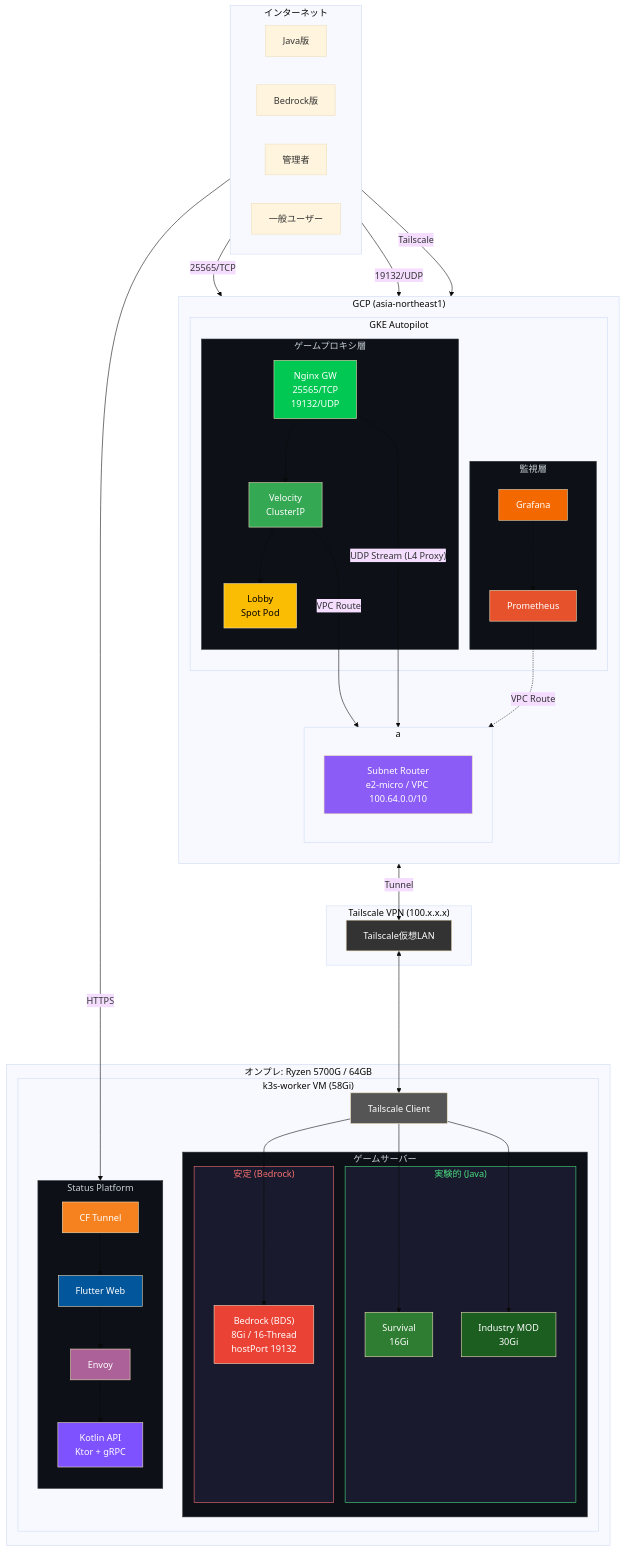
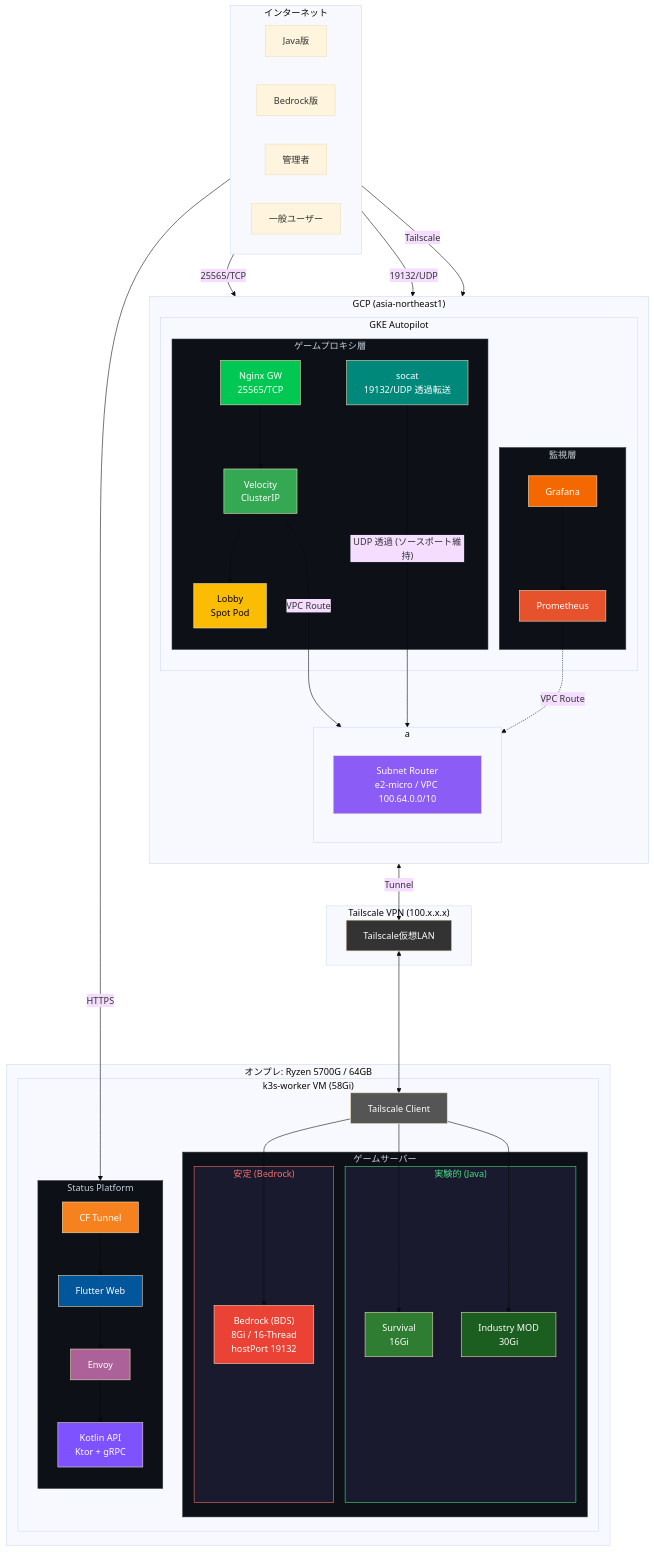
One commit to Tagomori0211/Minecraft-on-Kubenates changed the diagram in Documents/architecture/infrastructure.mermaid. Above: the diagram before and after it, drawn with Mermaid (base theme). The commit also changed 1 other file, not shown here.

Commit message:
docs(Documents): Update postmortem content and infrastructure diagram for socat relay

```diff
--- a/Documents/architecture/infrastructure.mermaid
+++ b/Documents/architecture/infrastructure.mermaid
@@ -1,110 +1,112 @@
 flowchart TB
     subgraph Internet["インターネット"]
         direction LR
         Player_Java["Java版"]
         Player_Bedrock["Bedrock版"]
         Admin["管理者"]
         User["一般ユーザー"]
     end
 
     subgraph GCP["GCP (asia-northeast1)"]
         direction TB
         
         subgraph GKE["GKE Autopilot"]
             subgraph MonPods["監視層"]
                 Prometheus["Prometheus"]
                 Grafana["Grafana"]
             end
             subgraph GamePods["ゲームプロキシ層"]
-                GW["Nginx GW<br/>25565/TCP<br/>19132/UDP"]
+                GW["Nginx GW<br/>25565/TCP"]
+                Socat["socat<br/>19132/UDP 透過転送"]
                 Velocity["Velocity<br/>ClusterIP"]
                 Lobby["Lobby<br/>Spot Pod"]
             end
             
         end
         subgraph transform01["a"]
         direction TB
             SubnetRouter["Subnet Router<br/>e2-micro / VPC 100.64.0.0/10"]
         end
     end
 
     subgraph TS["Tailscale VPN (100.x.x.x)"]
         TS_Net["Tailscale仮想LAN"]
     end
 
     subgraph Onprem["オンプレ: Ryzen 5700G / 64GB"]
         subgraph Worker["k3s-worker VM (58Gi)"]
             TS_K3s["Tailscale Client"]
             subgraph GameServers["ゲームサーバー"]
                 subgraph Experimental["実験的 (Java)"]
                     Java_Survival["Survival<br/>16Gi"]
                     Java_Industry["Industry MOD<br/>30Gi"]
                 end
                 subgraph Conservative["安定 (Bedrock)"]
                     Bedrock["Bedrock (BDS)<br/>8Gi / 16-Thread<br/>hostPort 19132"]
                 end
             end
             subgraph SP["Status Platform"]
                 direction TB
                 CF_Tunnel["CF Tunnel"]
                 Flutter["Flutter Web"]
                 Envoy["Envoy"]
                 Kotlin["Kotlin API<br/>Ktor + gRPC"]
             end
         end
         
     end
 
     %% === ゲームトラフィック ===
     Player_Java -->|"25565/TCP"| GW
-    Player_Bedrock -->|"19132/UDP"| GW
+    Player_Bedrock -->|"19132/UDP"| Socat
     GW --> Velocity
     Velocity --> Lobby
 
     %% === GKE → Tailscale → オンプレ ===
     Velocity --->|"VPC Route"| SubnetRouter
-    GW ---->|"UDP Stream (L4 Proxy)"| SubnetRouter
+    Socat ---->|"UDP 透過 (ソースポート維持)"| SubnetRouter
     TS_Net <--> TS_K3s
     TS_K3s --> Java_Survival
     TS_K3s --> Java_Industry
     TS_K3s --> Bedrock
     
     SubnetRouter <-->|"Tunnel"| TS_Net
     %% === Status Platform ===
     User ------->|"HTTPS"| CF_Tunnel
     direction TB
     CF_Tunnel --> Flutter
     Flutter --> Envoy
     Envoy --> Kotlin
 
     
 
     %% === 管理者・監視 ===
     Admin -->|"Tailscale"| Grafana
     Grafana -.-> Prometheus
     Prometheus -.->|"VPC Route"| SubnetRouter
 
     
 
     %% === スタイル ===
     style GW fill:#00C853,color:#fff
+    style Socat fill:#00897B,color:#fff
     style Velocity fill:#34a853,color:#fff
     style Lobby fill:#fbbc04,color:#000
     style Prometheus fill:#e6522c,color:#fff
     style Grafana fill:#f46800,color:#fff
     style SubnetRouter fill:#8B5CF6,color:#fff
     style TS_Net fill:#333,color:#fff
     style TS_K3s fill:#555,color:#fff
     style Java_Survival fill:#2E7D32,color:#fff
     style Java_Industry fill:#1B5E20,color:#fff
     style Bedrock fill:#ea4335,color:#fff
     style CF_Tunnel fill:#F6821F,color:#fff
     style Flutter fill:#02569B,color:#fff
     style Envoy fill:#AC6199,color:#fff
     style Kotlin fill:#7F52FF,color:#fff
     style GamePods fill:#0d1117,color:#c9d1d9,stroke:#30363d
     style MonPods fill:#0d1117,color:#c9d1d9,stroke:#30363d
     style GameServers fill:#0d1117,color:#c9d1d9,stroke:#30363d
     style Experimental fill:#1a1a2e,color:#4ade80,stroke:#4ade80
     style Conservative fill:#1a1a2e,color:#f87171,stroke:#f87171
     style SP fill:#0d1117,color:#c9d1d9,stroke:#30363d
```
